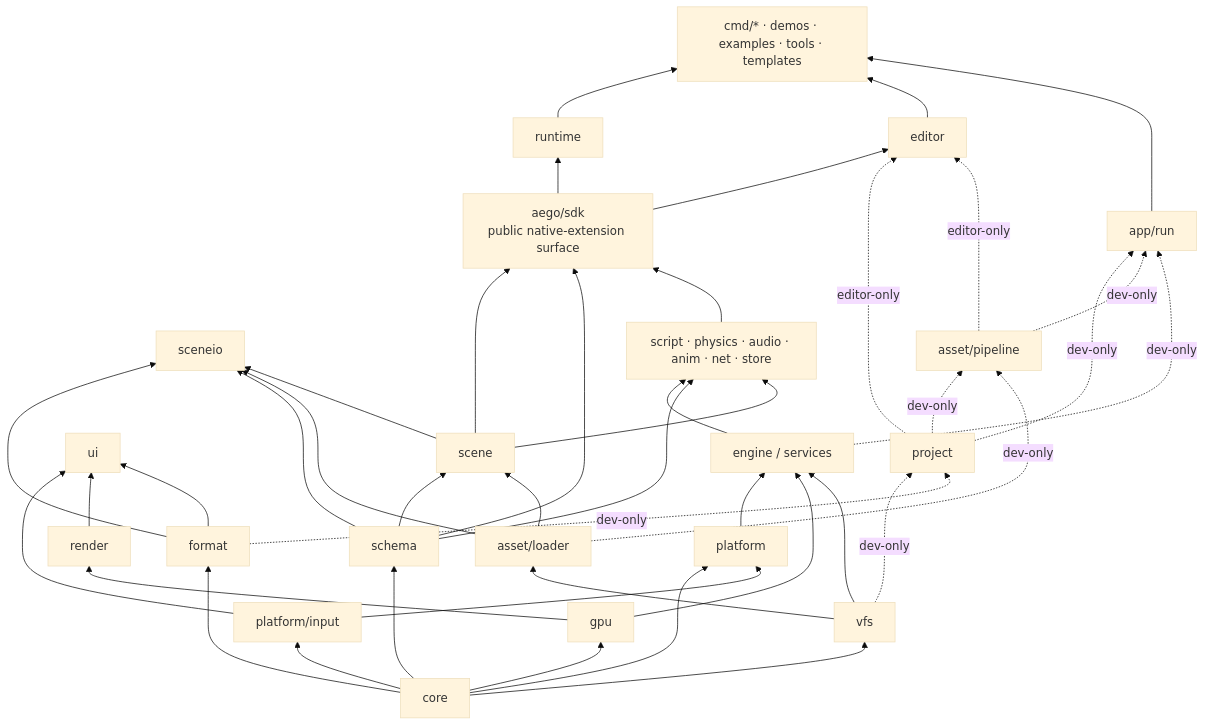
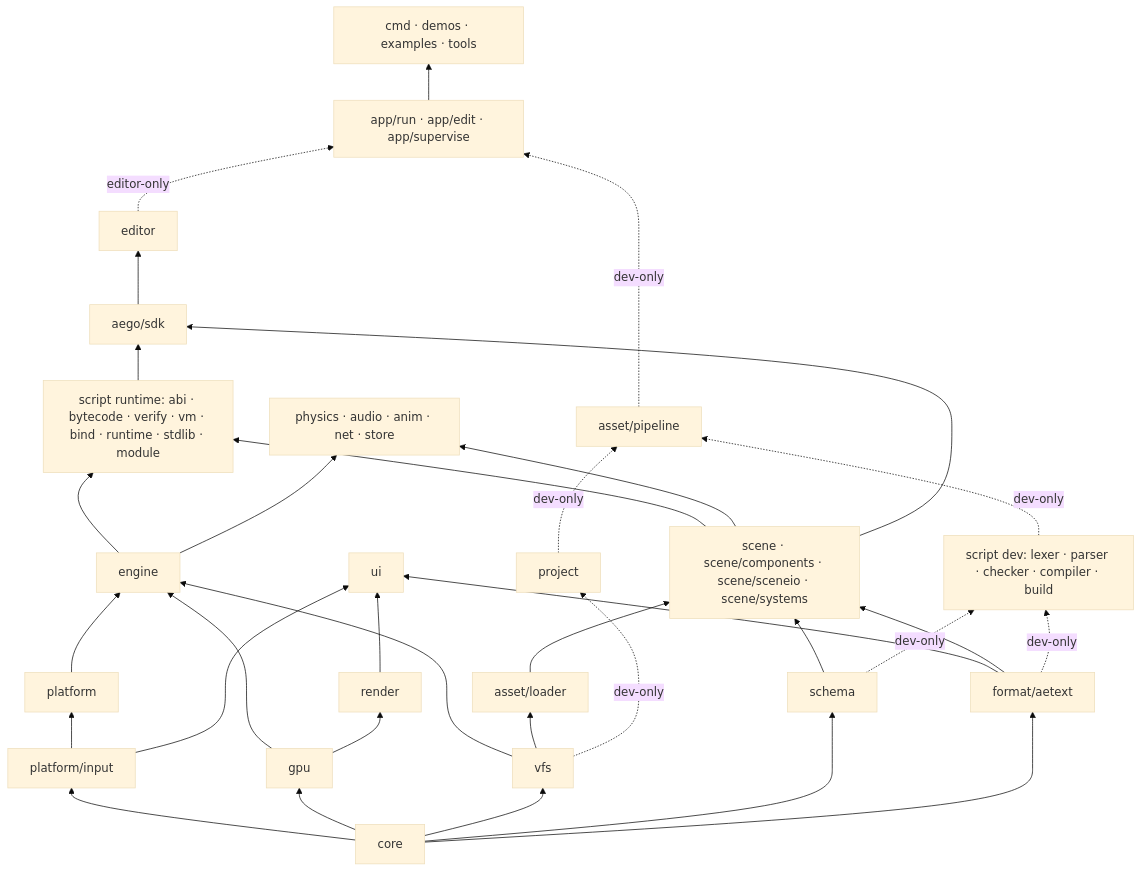
One commit to Alexander-D-Karpov/aego changed the diagram in ARCHITECTURE.md. Above: the diagram before and after it, drawn with Mermaid (base theme). The commit also changed other lines of this file and 1 other file, not shown here.

Commit message:
docs: update architecture spec and script reference

````diff
--- a/ARCHITECTURE.md
+++ b/ARCHITECTURE.md
@@ -56,85 +40,53 @@
 ```mermaid
 flowchart BT
     core["core"]
-
     pinput["platform/input"]
     platform["platform"]
     gpu["gpu"]
     vfs["vfs"]
     schema["schema"]
-    format["format"]
-
-    engine["engine / services"]
+    format["format/aetext"]
+    engine["engine"]
     render["render"]
     ui["ui"]
-
     loader["asset/loader"]
-    scene["scene"]
-    sceneio["sceneio"]
-
-    gameplay["script · physics · audio · anim · net · store"]
-
-    sdk["aego/sdk<br/>public native-extension surface"]
-
-    runtime["runtime"]
+    scene["scene · scene/components · scene/sceneio · scene/systems"]
+    scriptrt["script runtime: abi · bytecode · verify · vm · bind · runtime · stdlib · module"]
+    gameplay["physics · audio · anim · net · store"]
+    sdk["aego/sdk"]
     editor["editor"]
-
+    scriptdev["script dev: lexer · parser · checker · compiler · build"]
     project["project"]
     pipeline["asset/pipeline"]
-    apprun["app/run"]
+    app["app/run · app/edit · app/supervise"]
+    entry["cmd · demos · examples · tools"]
 
-    entry["cmd/* · demos · examples · tools · templates"]
-
-    core --> pinput
-    core --> platform
-    core --> gpu
-    core --> vfs
+    core --> pinput --> platform --> engine
+    core --> gpu --> engine
+    core --> vfs --> engine
     core --> schema
     core --> format
-
-    pinput --> platform
-    platform --> engine
-    gpu --> engine
-    vfs --> engine
-
     gpu --> render
     pinput --> ui
     render --> ui
     format --> ui
-
     vfs --> loader
     schema --> scene
     loader --> scene
-
-    format --> sceneio
-    schema --> sceneio
-    loader --> sceneio
-    scene --> sceneio
-
+    format --> scene
+    engine --> scriptrt
+    scene --> scriptrt
     engine --> gameplay
-    schema --> gameplay
     scene --> gameplay
-
     scene --> sdk
-    schema --> sdk
-    gameplay --> sdk
-
-    sdk --> runtime
+    scriptrt --> sdk
     sdk --> editor
-
+    schema -. dev-only .-> scriptdev
+    format -. dev-only .-> scriptdev
     vfs -. dev-only .-> project
-    format -. dev-only .-> project
     project -. dev-only .-> pipeline
-    loader -. dev-only .-> pipeline
-
-    project -. dev-only .-> apprun
-    pipeline -. dev-only .-> apprun
-    engine -. dev-only .-> apprun
-
-    project -. editor-only .-> editor
-    pipeline -. editor-only .-> editor
-
-    runtime --> entry
-    editor --> entry
-    apprun --> entry
+    scriptdev -. dev-only .-> pipeline
+    pipeline -. dev-only .-> app
+    editor -. editor-only .-> app
+    app --> entry
 ```
````
